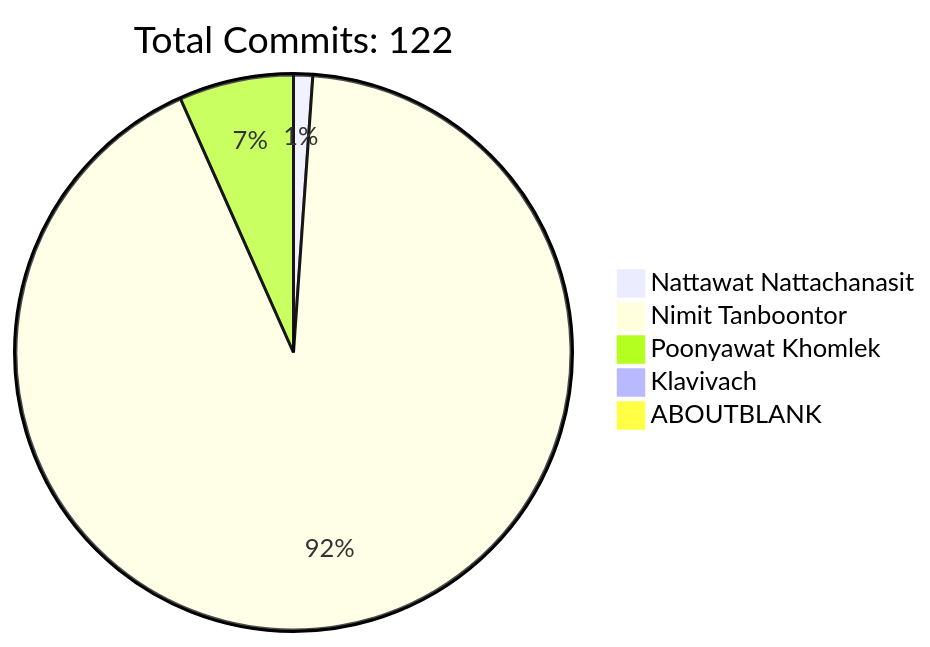
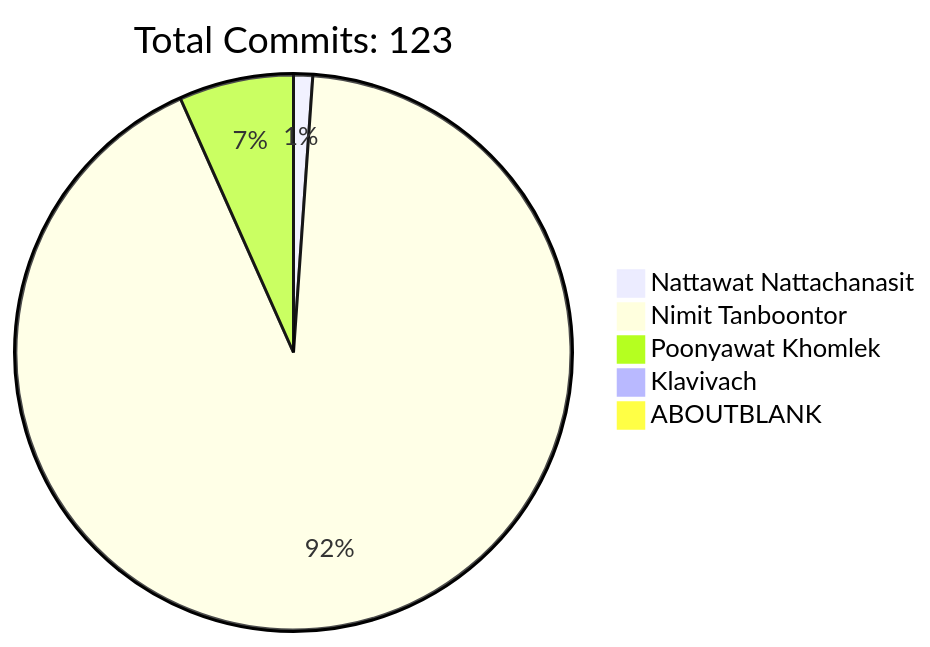
One commit to HLLC-MFU/HLLC-2025 changed the diagram in README.md. Above: the diagram before and after it, drawn with Mermaid. The commit also changed other lines of this file, not shown here.

````diff
--- a/README.md
+++ b/README.md
@@ -170,9 +170,9 @@
 ```mermaid
 pie
-    title Total Commits: 122
+    title Total Commits: 123
     "Nattawat Nattachanasit" : 1
     "Nimit Tanboontor" : 83
     "Poonyawat Khomlek" : 6
     "Klavivach" : 0
     "ABOUTBLANK" : 0
 ```
````
